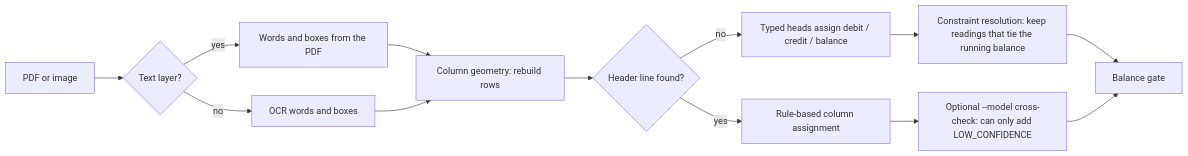
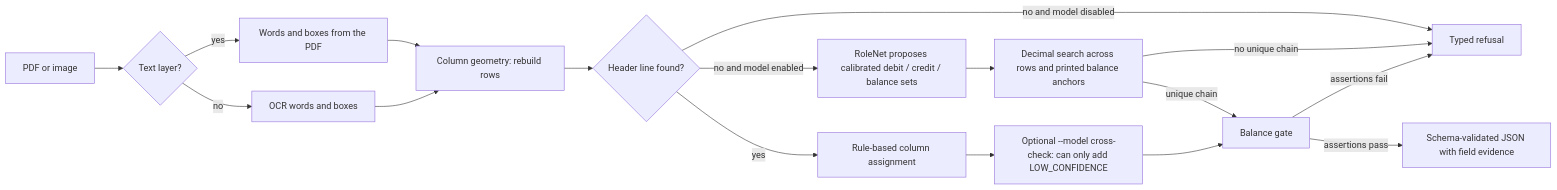
The second of 2 diagrams in docs/ARCHITECTURE.md (openlumeo/OpenBooks), drawn with Mermaid before and after one commit. The commit also changed other lines of this file and 21 other files, not shown here.

First line of the commit message:
feat(roles): document-wide balance-chain resolution, balance cards and holdout tooling

````diff
--- a/docs/ARCHITECTURE.md
+++ b/docs/ARCHITECTURE.md
@@ -80,15 +80,19 @@
 ```mermaid
 flowchart LR
     P[PDF or image] --> W{Text layer?}
     W -- yes --> T[Words and boxes from the PDF]
     W -- no --> O[OCR words and boxes]
     T --> G[Column geometry: rebuild rows]
     O --> G
     G --> H{Header line found?}
     H -- yes --> RB[Rule-based column assignment]
-    H -- no --> M[Typed heads assign debit / credit / balance]
-    M --> S[Constraint resolution: keep readings that tie the running balance]
+    H -- no and model enabled --> M[RoleNet proposes calibrated debit / credit / balance sets]
+    H -- no and model disabled --> R[Typed refusal]
+    M --> S[Decimal search across rows and printed balance anchors]
+    S -- no unique chain --> R
     RB --> X[Optional --model cross-check: can only add LOW_CONFIDENCE]
-    S --> BG[Balance gate]
+    S -- unique chain --> BG[Balance gate]
     X --> BG
+    BG -- assertions fail --> R
+    BG -- assertions pass --> J[Schema-validated JSON with field evidence]
 ```
````
